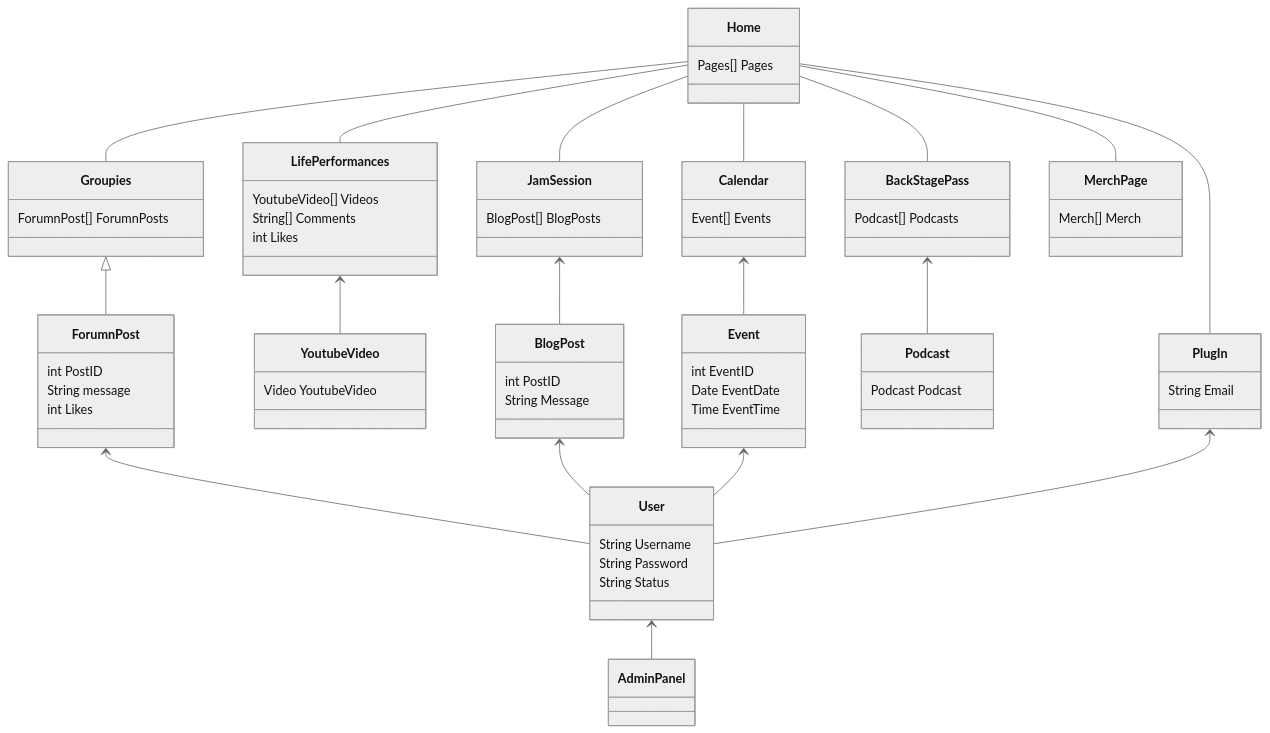
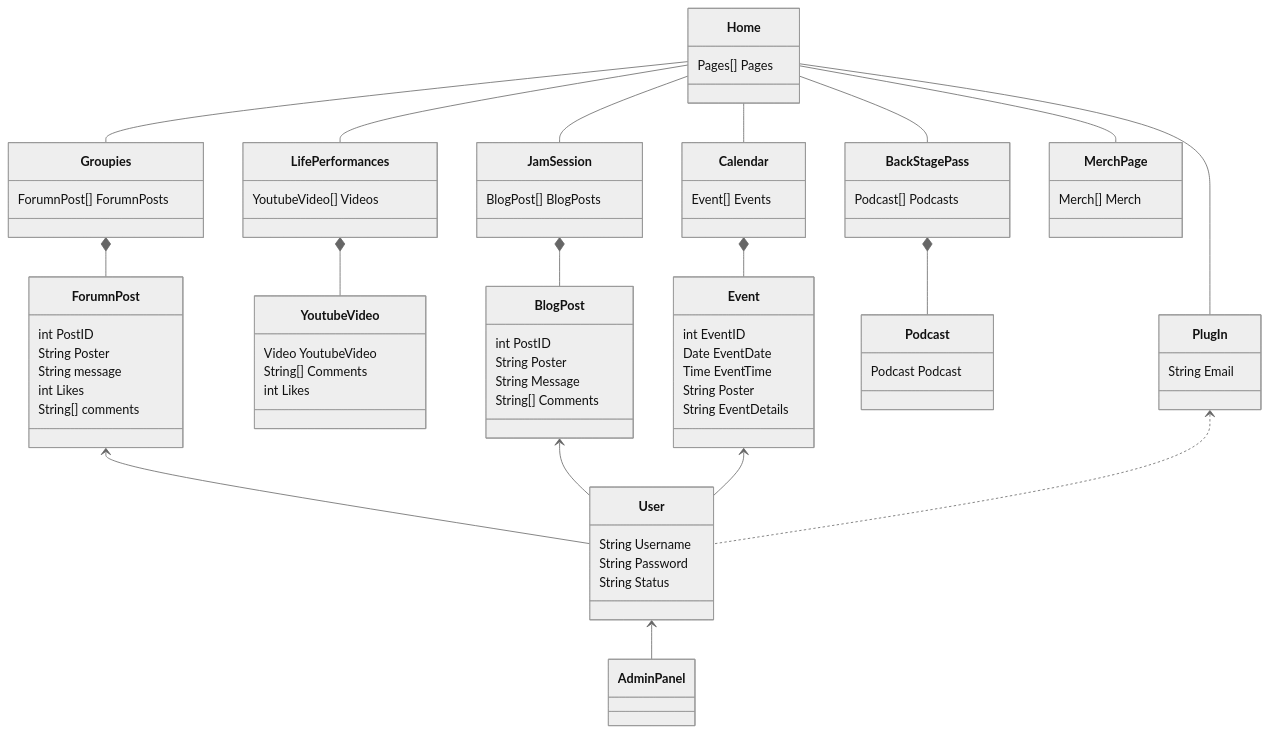
One commit to JClark-32/Live-to-Rock changed the diagram in Design/DomainModel.md. Above: the diagram before and after it, drawn with Mermaid (neutral theme). The commit also changed other lines of this file, not shown here.

Commit message:
Include Explainations in Domain Model

````diff
--- a/Design/DomainModel.md
+++ b/Design/DomainModel.md
@@ -1,65 +1,71 @@
 ```mermaid
 classDiagram
   Home
   Home -- LifePerformances
   Home -- Groupies
   Home -- JamSession
   Home -- BackStagePass
   Home -- Calendar
   Home -- MerchPage
   Home -- PlugIn
 
   Home : Pages[] Pages
 
   LifePerformances 
-  LifePerformances <-- Youtube Video
+  LifePerformances *-- Youtube Video
   LifePerformances : YoutubeVideo[] Videos
 
   YoutubeVideo : Video YoutubeVideo
-  LifePerformances : String[] Comments
-  LifePerformances : int Likes
+  YoutubeVideo : String[] Comments
+  YoutubeVideo : int Likes
 
-  Groupies <|-- ForumnPost
+  Groupies *-- ForumnPost
   Groupies : ForumnPost[] ForumnPosts
 
 
   ForumnPost : int PostID
+  ForumnPost : String Poster
   ForumnPost : String message
   ForumnPost <-- User
   ForumnPost : int Likes
+  ForumnPost : String[] comments
 
   JamSession
-  JamSession <-- BlogPost
+  JamSession *-- BlogPost
   JamSession : BlogPost[] BlogPosts
 
   BlogPost : int PostID
+  BlogPost : String Poster
   BlogPost : String Message
+  BlogPost : String[] Comments
   BlogPost <-- User
 
-  BackStagePass <-- Podcast
+  BackStagePass *-- Podcast
   BackStagePass : Podcast[] Podcasts
 
   Podcast : Podcast Podcast
 
-  Calendar <-- Event
+  Calendar *-- Event
   Calendar : Event[] Events
 
   Event : int EventID
   Event : Date EventDate
   Event : Time EventTime
+  Event : String Poster
+  Event : String EventDetails
 
   Event <-- User
 
   MerchPage : Merch[] Merch
 
   PlugIn : String Email
-  PlugIn <-- User
+  PlugIn <.. User
 
   User: String Username
   User: String Password
   User: String Status
 
   User <-- Admin Panel
   AdminPanel
   AdminPanel
 ```
````
